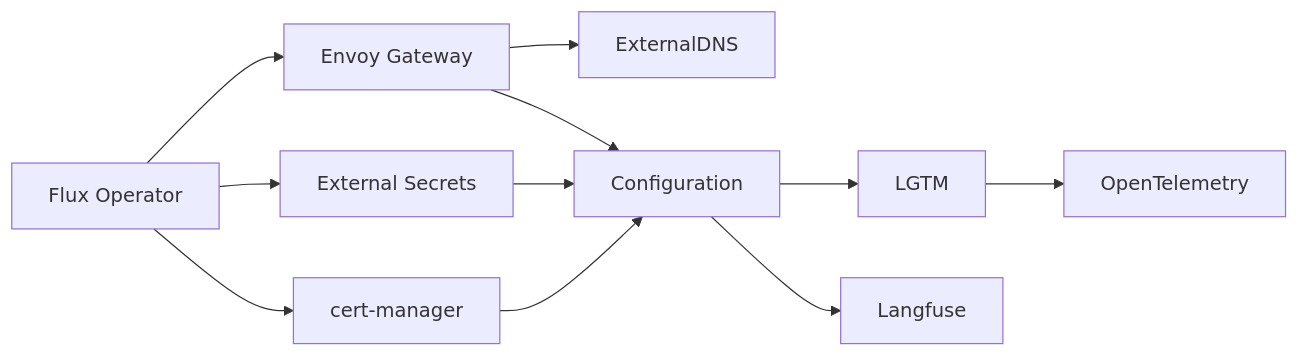
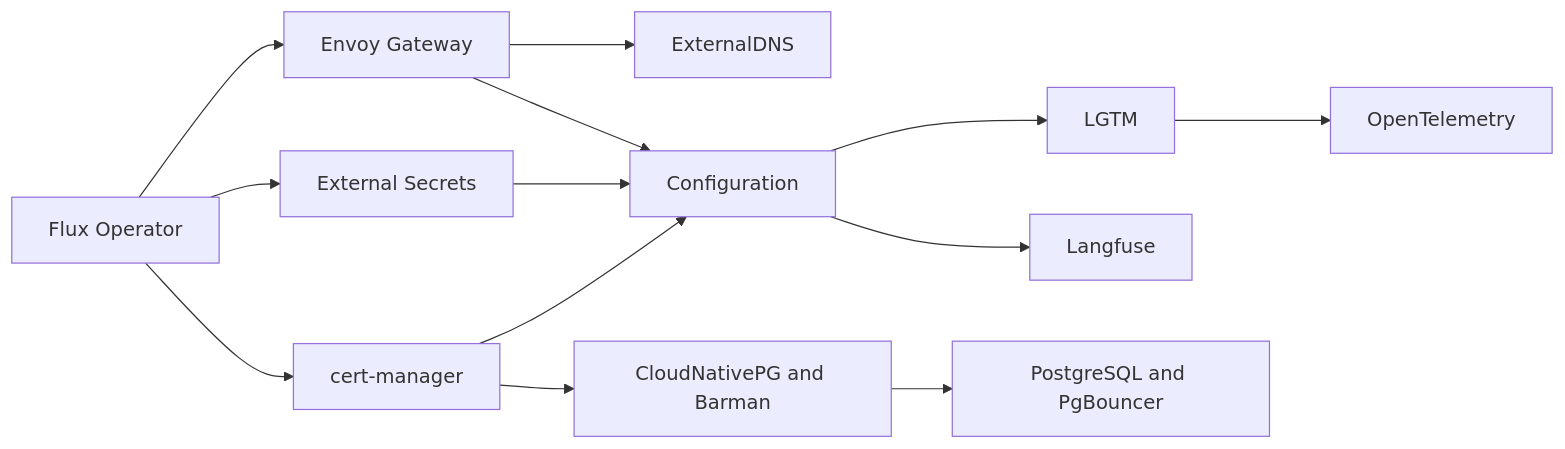
Before and after one commit to ai-platform-portfolio/gitops: the diagram in README.md, drawn with Mermaid. The commit also changed other lines of this file and 21 other files, not shown here.

Commit message:
Add recoverable PostgreSQL with Flux and Azure workload identity

````diff
--- a/README.md
+++ b/README.md
@@ -36,13 +37,15 @@
 ```mermaid
 flowchart LR
   A[Flux Operator] --> E[Envoy Gateway]
   A --> S[External Secrets]
   A --> C[cert-manager]
   E --> D[ExternalDNS]
   E --> F[Configuration]
   S --> F
   C --> F
   F --> L[LGTM]
   L --> O[OpenTelemetry]
   F --> LF[Langfuse]
+  C --> P[CloudNativePG and Barman]
+  P --> DB[PostgreSQL and PgBouncer]
 ```
````
